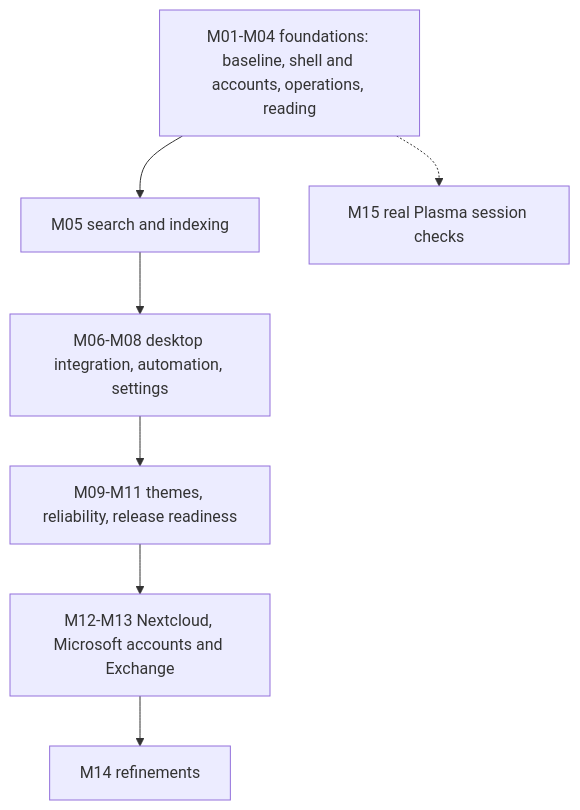
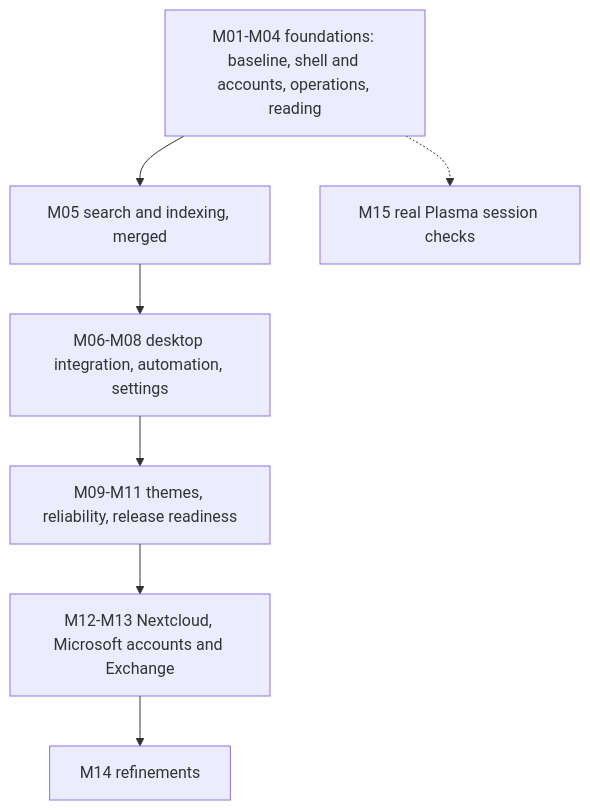
The diagram in README.md (mikepadiernos/plasma-impresario), drawn with Mermaid before and after one commit. The commit also changed other lines of this file and 5 other files, not shown here.

````diff
--- a/README.md
+++ b/README.md
@@ -479,9 +509,9 @@
 ```mermaid
 flowchart TD
-    A[M01-M04 foundations: baseline, shell and accounts, operations, reading] --> B[M05 search and indexing]
+    A[M01-M04 foundations: baseline, shell and accounts, operations, reading] --> B[M05 search and indexing, merged]
     B --> C[M06-M08 desktop integration, automation, settings]
     C --> D[M09-M11 themes, reliability, release readiness]
     D --> E[M12-M13 Nextcloud, Microsoft accounts and Exchange]
     E --> F[M14 refinements]
     A -.-> G[M15 real Plasma session checks]
 ```
````
